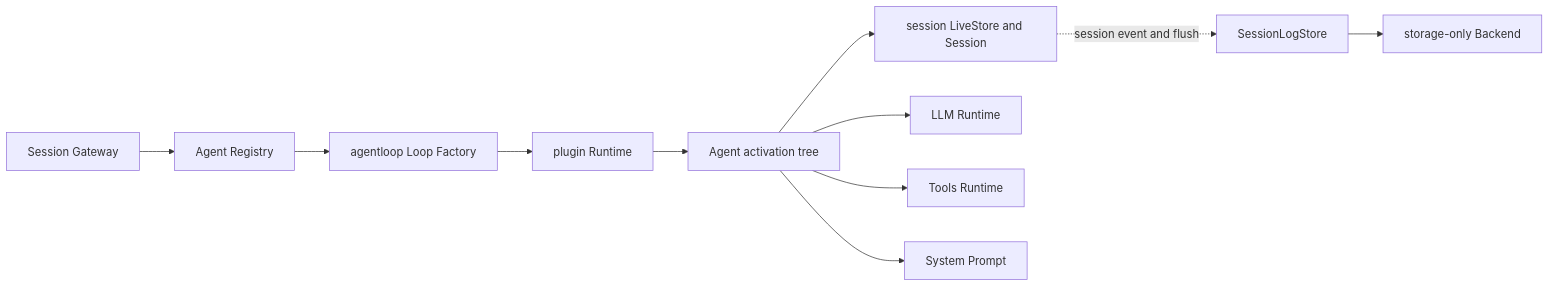
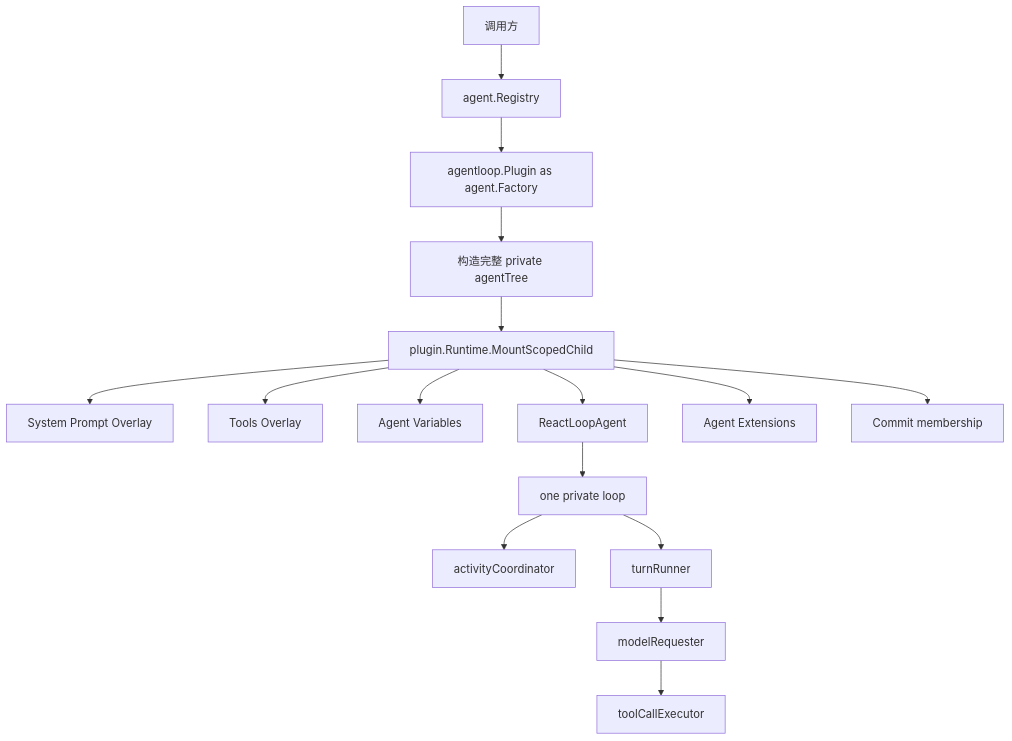
The first of 2 diagrams in agentloop/README.zh-CN.md (gorenx/goren), drawn with Mermaid before and after one commit. The commit also changed other lines of this file and 2 other files, not shown here.

Commit message:
docs(agentloop): align private tree lifecycle

````diff
--- a/agentloop/README.zh-CN.md
+++ b/agentloop/README.zh-CN.md
@@ -25,13 +29,18 @@
 ```mermaid
-flowchart LR
-    API[Session Gateway] --> REG[Agent Registry]
-    REG --> LOOP[agentloop Loop Factory]
-    LOOP --> RT[plugin Runtime]
-    RT --> TREE[Agent activation tree]
-    TREE --> S[session LiveStore and Session]
-    TREE --> L[LLM Runtime]
-    TREE --> T[Tools Runtime]
-    TREE --> P[System Prompt]
-    S -. session event and flush .-> D[SessionLogStore]
-    D --> B[storage-only Backend]
+flowchart TD
+    API[调用方] --> Registry[agent.Registry]
+    Registry --> Root[agentloop.Plugin as agent.Factory]
+    Root --> Build[构造完整 private agentTree]
+    Build --> Runtime[plugin.Runtime.MountScopedChild]
+    Runtime --> Prompt[System Prompt Overlay]
+    Runtime --> Tools[Tools Overlay]
+    Runtime --> Vars[Agent Variables]
+    Runtime --> Agent[ReactLoopAgent]
+    Runtime --> Extensions[Agent Extensions]
+    Runtime --> Membership[Commit membership]
+    Agent --> Loop[one private loop]
+    Loop --> Activity[activityCoordinator]
+    Loop --> Turn[turnRunner]
+    Turn --> Request[modelRequester]
+    Request --> Calls[toolCallExecutor]
 ```
````
